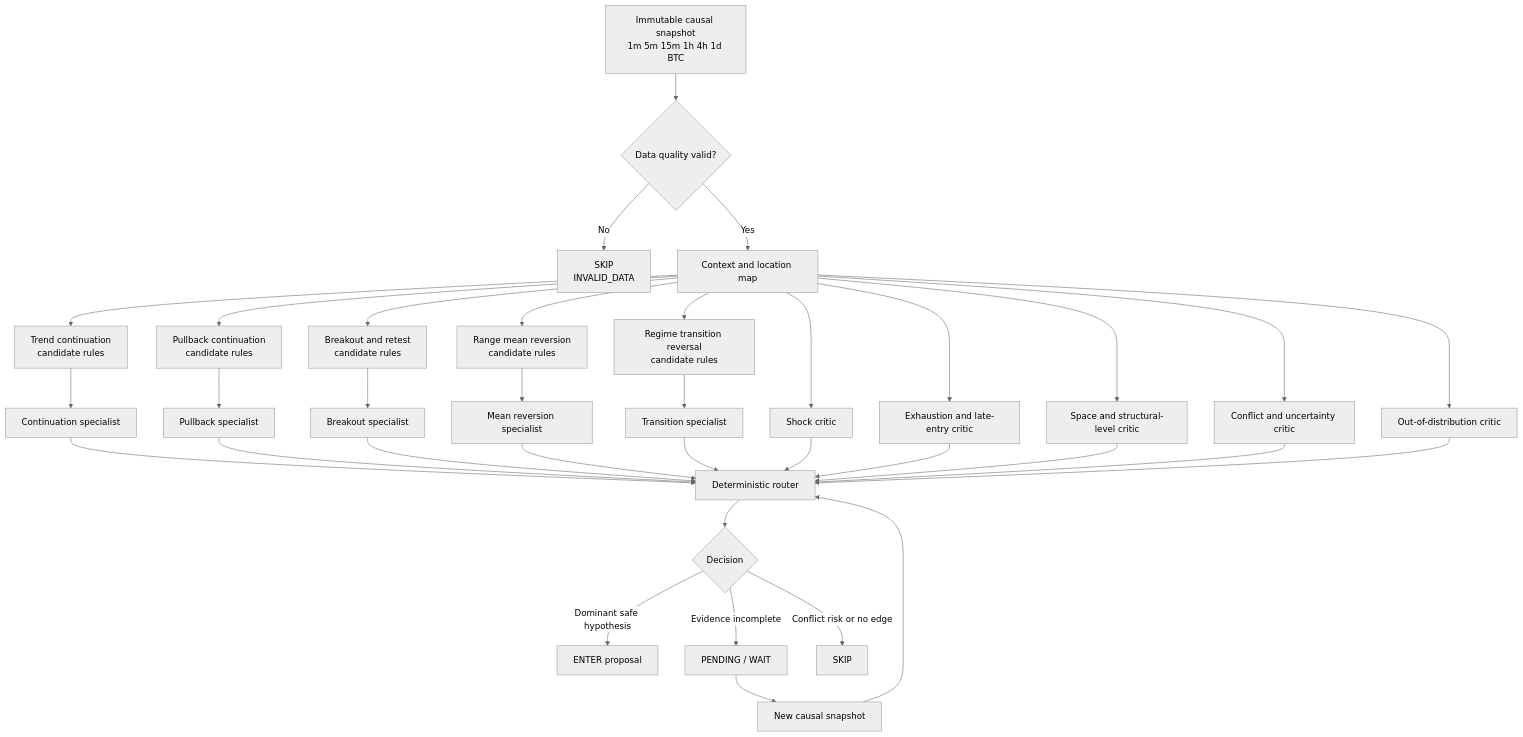
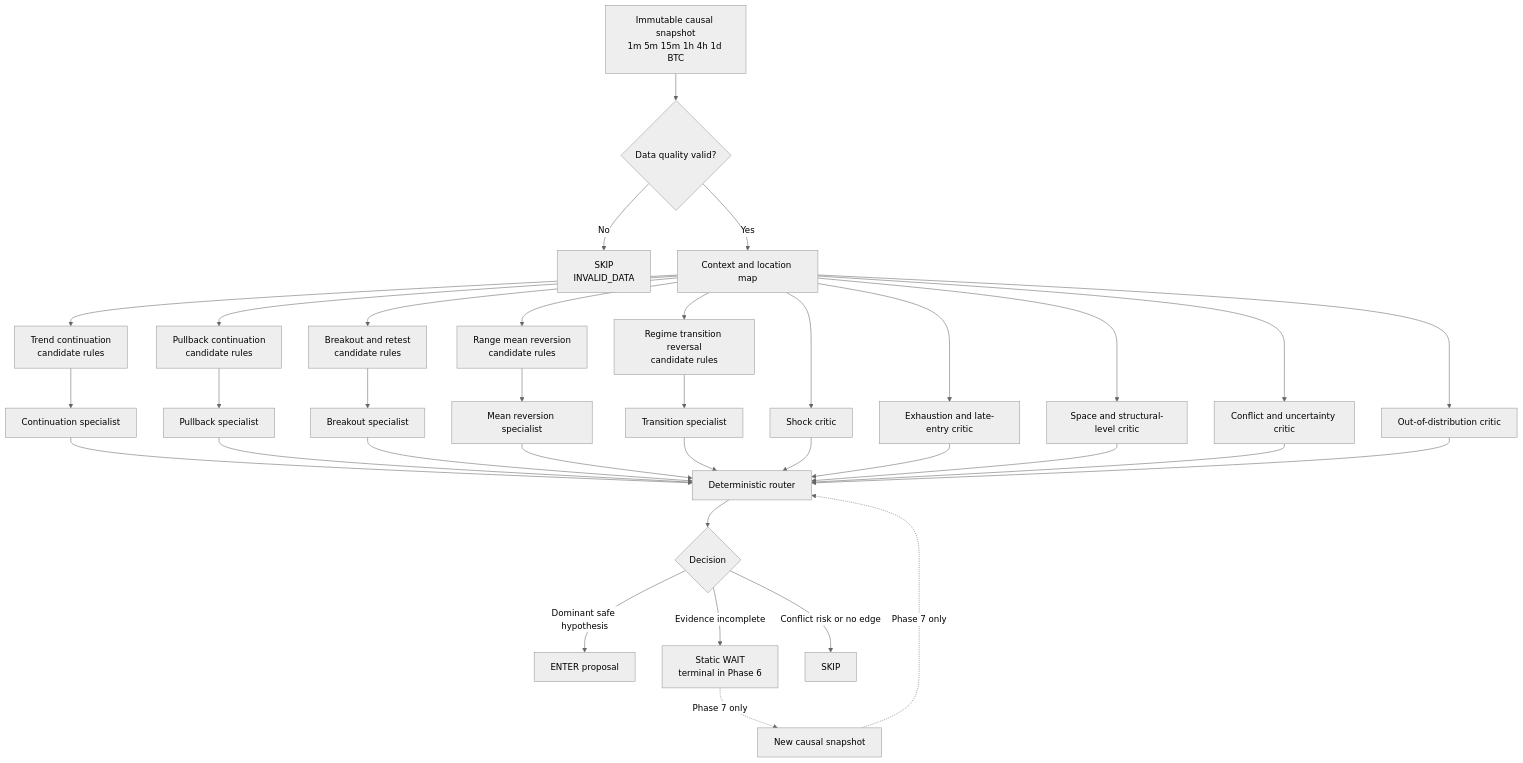
Before and after one commit to jasanhdz/trading_system: the first of 5 diagrams in sandbox/aegis_strategy_router/docs/07_VISUAL_SYSTEM_MAP.md, drawn with Mermaid (neutral theme). The commit also changed other lines of this file and 8 other files, not shown here.

````diff
--- a/sandbox/aegis_strategy_router/docs/07_VISUAL_SYSTEM_MAP.md
+++ b/sandbox/aegis_strategy_router/docs/07_VISUAL_SYSTEM_MAP.md
@@ -5,43 +5,43 @@
 ```mermaid
 flowchart TD
     A[Immutable causal snapshot<br/>1m 5m 15m 1h 4h 1d BTC] --> B{Data quality valid?}
     B -- No --> Z1[SKIP<br/>INVALID_DATA]
     B -- Yes --> C[Context and location map]
 
     C --> G1[Trend continuation<br/>candidate rules]
     C --> G2[Pullback continuation<br/>candidate rules]
     C --> G3[Breakout and retest<br/>candidate rules]
     C --> G4[Range mean reversion<br/>candidate rules]
     C --> G5[Regime transition reversal<br/>candidate rules]
 
     G1 --> S1[Continuation specialist]
     G2 --> S2[Pullback specialist]
     G3 --> S3[Breakout specialist]
     G4 --> S4[Mean reversion specialist]
     G5 --> S5[Transition specialist]
 
     C --> K1[Shock critic]
     C --> K2[Exhaustion and late-entry critic]
     C --> K3[Space and structural-level critic]
     C --> K4[Conflict and uncertainty critic]
     C --> K5[Out-of-distribution critic]
 
     S1 --> R[Deterministic router]
     S2 --> R
     S3 --> R
     S4 --> R
     S5 --> R
     K1 --> R
     K2 --> R
     K3 --> R
     K4 --> R
     K5 --> R
 
     R --> D{Decision}
     D -- Dominant safe hypothesis --> E[ENTER proposal]
-    D -- Evidence incomplete --> W[PENDING / WAIT]
+    D -- Evidence incomplete --> W[Static WAIT<br/>terminal in Phase 6]
     D -- Conflict risk or no edge --> X[SKIP]
 
-    W --> A2[New causal snapshot]
-    A2 --> R
+    W -. Phase 7 only .-> A2[New causal snapshot]
+    A2 -. Phase 7 only .-> R
 ```
````
